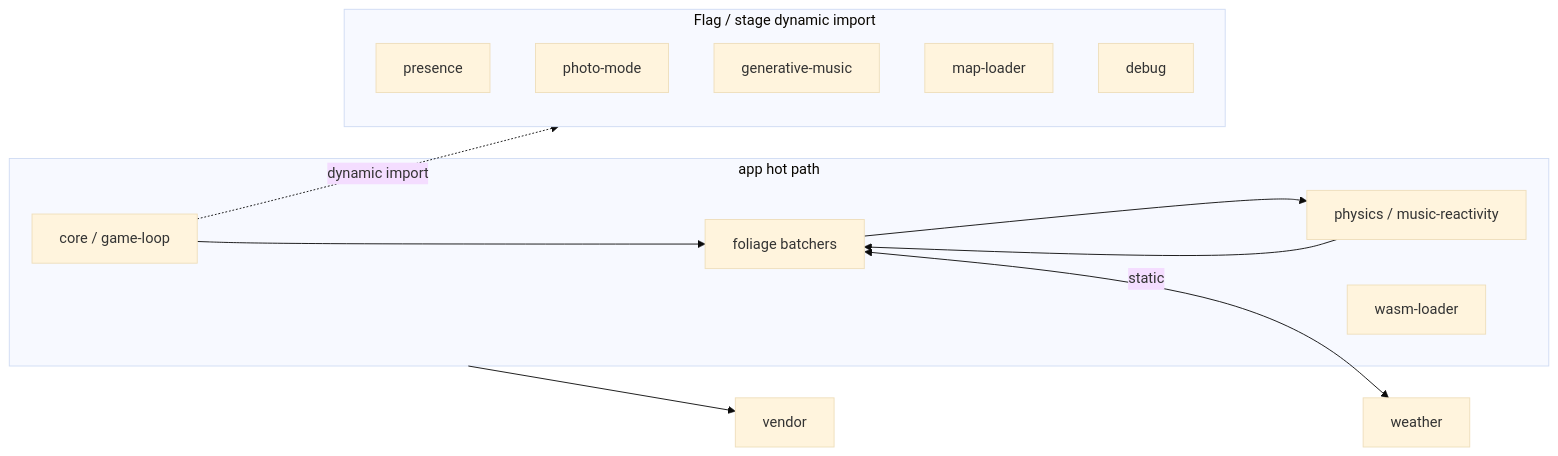
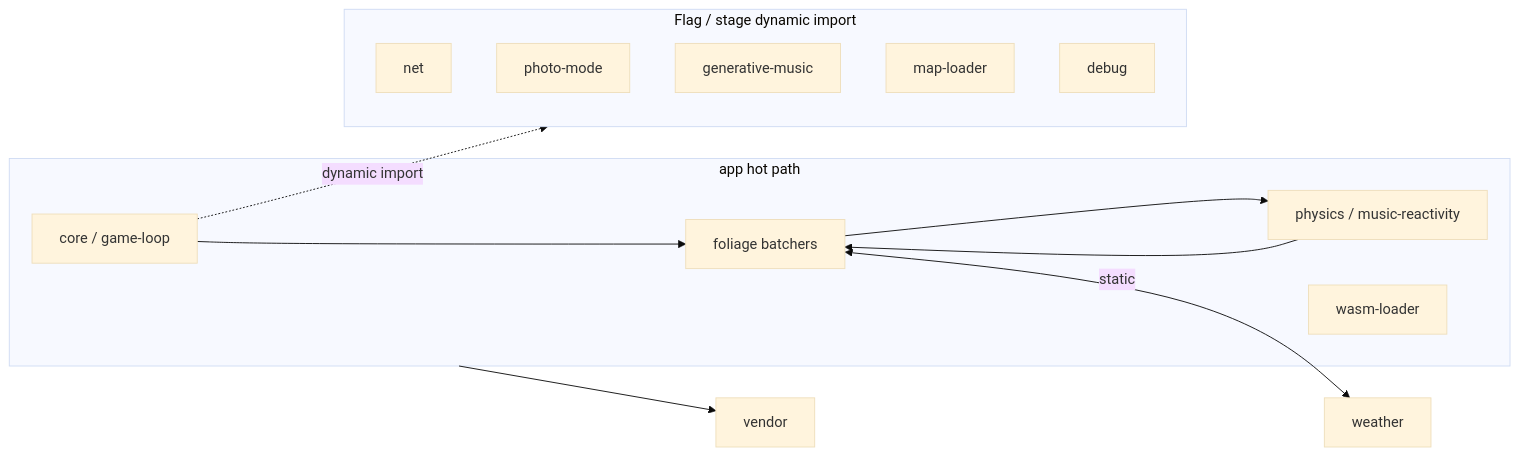
Before and after one commit to ford442/candy_world: the diagram in docs/APP_CHUNK_SPLIT.md, drawn with Mermaid (base theme). The commit also changed other lines of this file and 68 other files, not shown here.

````diff
--- a/docs/APP_CHUNK_SPLIT.md
+++ b/docs/APP_CHUNK_SPLIT.md
@@ -91,25 +91,25 @@
 ```mermaid
 flowchart LR
   subgraph app_chunk["app hot path"]
     core["core / game-loop"]
     foliage["foliage batchers"]
     systems["physics / music-reactivity"]
     utils["wasm-loader"]
   end
   subgraph async_chunks["Flag / stage dynamic import"]
-    presence["presence"]
+    net["net"]
     photo["photo-mode"]
     gen["generative-music"]
     mapLoader["map-loader"]
     debug["debug"]
   end
   weather["weather"]
   vendor["vendor"]
 
   core --> foliage
   foliage --> systems
   systems --> foliage
   core -.->|dynamic import| async_chunks
   foliage <-->|static| weather
   app_chunk --> vendor
 ```
````
